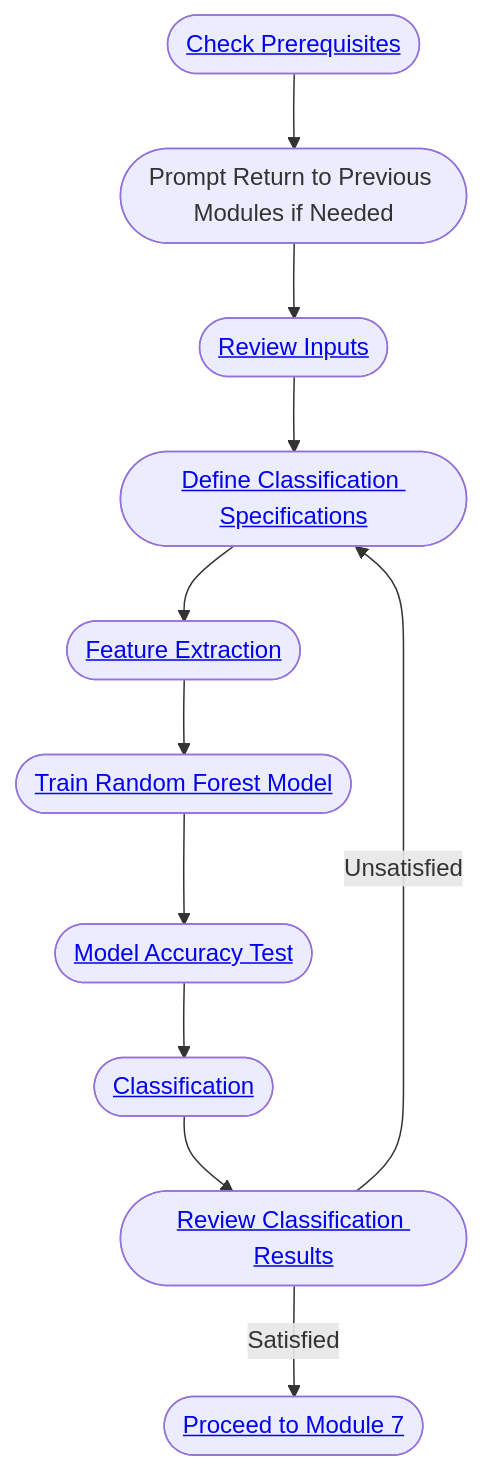
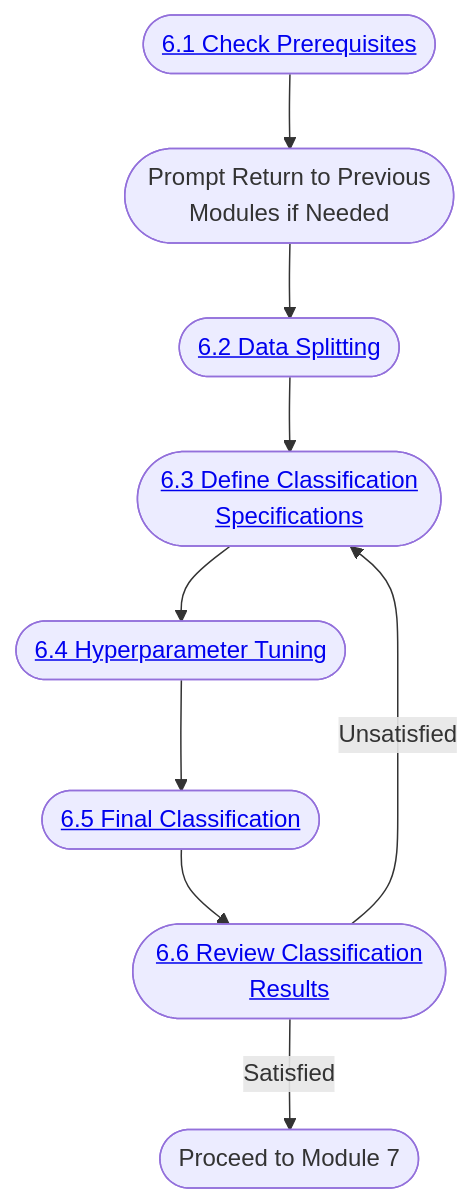
One commit to epistem-io/luma-dr changed the diagram in module06.qmd. Above: the diagram before and after it, drawn with Mermaid. The commit also changed other lines of this file, not shown here.

Commit message:
updated flowchart

````diff
--- a/module06.qmd
+++ b/module06.qmd
@@ -36,30 +36,21 @@
 ```{mermaid}
 flowchart TD
+    A([<a href='#sec-checking-prerequisites'>6.1 Check Prerequisites</a>])
+    B([Prompt Return to Previous<br>Modules if Needed])
+    C([<a href='#sec-data-splitting'>6.2 Data Splitting</a>])
+    D([<a href='#sec-define-classification-specifications'>6.3 Define Classification<br>Specifications</a>])
+    E([<a href='#sec-hyperparameter-tuning'>6.4 Hyperparameter Tuning</a>])
+    F([<a href='#sec-final-classification'>6.5 Final Classification</a>])
+    G([<a href='#sec-review-classification-results'>6.6 Review Classification<br>Results</a>])
+    H([Proceed to Module 7])
 
-%% CHECKING PREREQUISITES
-A([<a href="#sec-checking-prerequisites">Check Prerequisites</a>])
-B([Prompt Return to Previous Modules if Needed])
-C([<a href="#sec-review-inputs">Review Inputs</a>])
-
-A --> B
-B --> C
-
-%% MODEL TRAINING AND CLASSIFICATION
-D([<a href="#sec-define-classification-specifications">Define Classification Specifications</a>])
-E([<a href="#sec-feature-extraction">Feature Extraction</a>])
-F([<a href="#sec-train-random-forest-model">Train Random Forest Model</a>])
-G([<a href="#sec-model-accuracy-test">Model Accuracy Test</a>])
-H([<a href="#sec-classification-apply-model-to-entire-image">Classification</a>])
-I([<a href="#sec-review-classification-results">Review Classification Results</a>])
-J([<a href="#sec-module-7">Proceed to Module 7</a>])
-
-C --> D
-D --> E
-E --> F
-F --> G
-G --> H
-H --> I
-I -->|Satisfied| J
-I -->|Unsatisfied| D   
+    A --> B
+    B --> C
+    C --> D
+    D --> E
+    E --> F
+    F --> G
+    G -->|Satisfied| H
+    G -->|Unsatisfied| D
 
 ```
````
